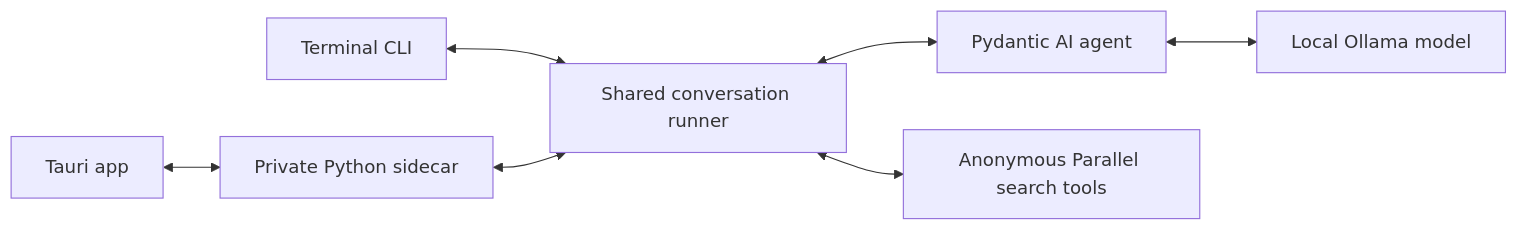
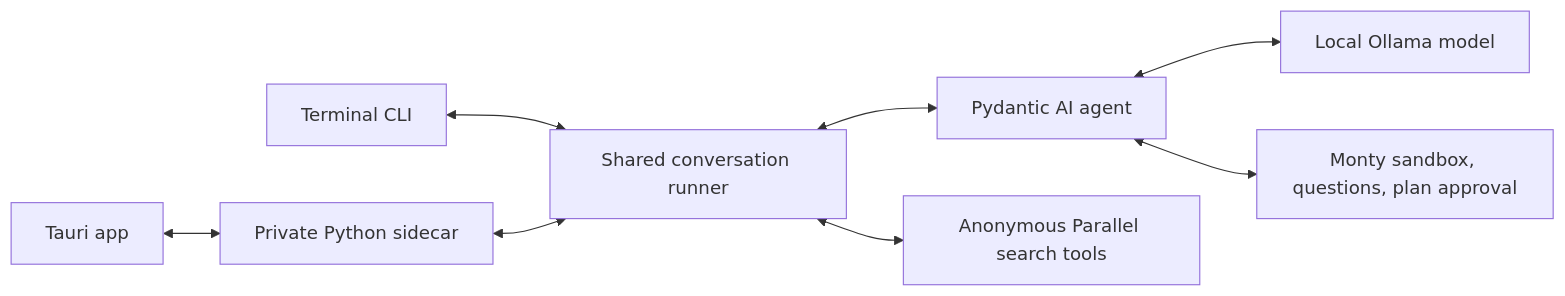
The diagram in README.md (raniendu/vikram), drawn with Mermaid before and after one commit. The commit also changed other lines of this file and 6 other files, not shown here.

First line of the commit message:
Document questions, plan mode, and the sandbox; bundle the Monty worker

````diff
--- a/README.md
+++ b/README.md
@@ -206,9 +248,10 @@
 ```mermaid
 flowchart LR
     CLI[Terminal CLI] <--> Runner[Shared conversation runner]
     App[Tauri app] <--> Sidecar[Private Python sidecar]
     Sidecar <--> Runner
     Runner <--> Agent[Pydantic AI agent]
     Agent <--> Ollama[Local Ollama model]
     Runner <--> Parallel[Anonymous Parallel search tools]
+    Agent <--> Toolkit[Monty sandbox, questions, plan approval]
 ```
````
